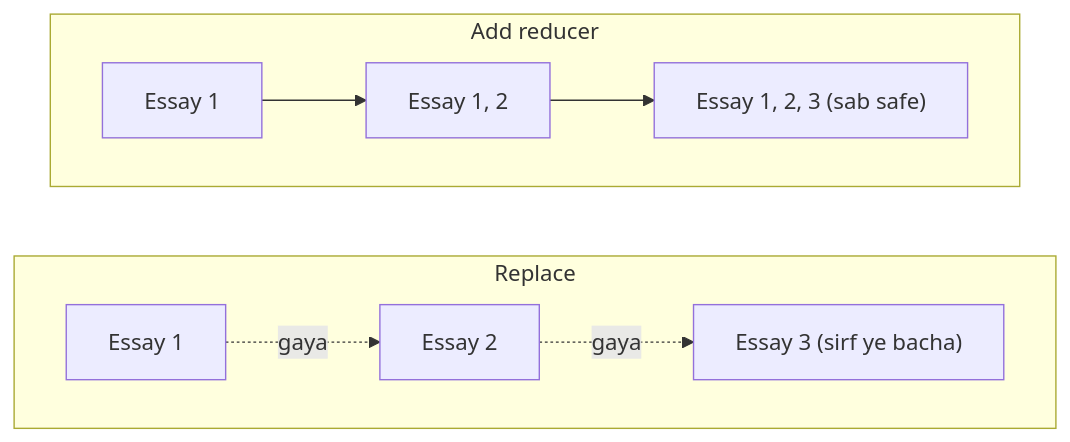
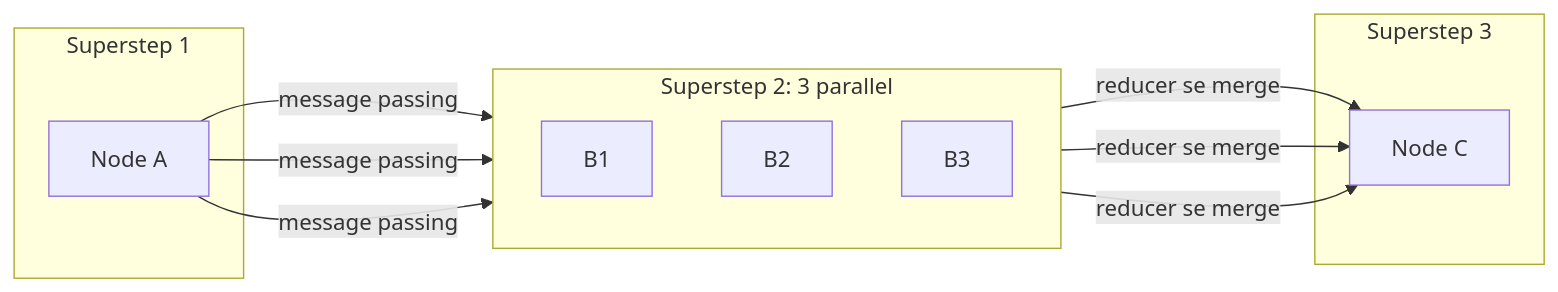
Before and after one commit to pallav2712/langGraph-campusx-notes: diagram 17 of 18 in V04-LangGraph core concepts/README.md, drawn with Mermaid. The commit also changed other lines of this file, not shown here.

Commit message:
v04 langGraph core concepts updated graphs and notes balanced

````diff
--- a/V04-LangGraph core concepts/README.md
+++ b/V04-LangGraph core concepts/README.md
@@ -480,11 +524,17 @@
 ```mermaid
 flowchart LR
-    subgraph R["Replace"]
-        direction LR
-        r1["Essay 1"] -. "gaya" .-> r2["Essay 2"] -. "gaya" .-> r3["Essay 3 (sirf ye bacha)"]
+    subgraph S1["Superstep 1"]
+        A["Node A"]
     end
-    subgraph A["Add reducer"]
-        direction LR
-        a1["Essay 1"] --> a2["Essay 1, 2"] --> a3["Essay 1, 2, 3 (sab safe)"]
+    subgraph S2["Superstep 2: 3 parallel"]
+        direction TB
+        B1["B1"]
+        B2["B2"]
+        B3["B3"]
     end
+    subgraph S3["Superstep 3"]
+        C["Node C"]
+    end
+    A -- "message passing" --> B1 & B2 & B3
+    B1 & B2 & B3 -- "reducer se merge" --> C
 ```
````
